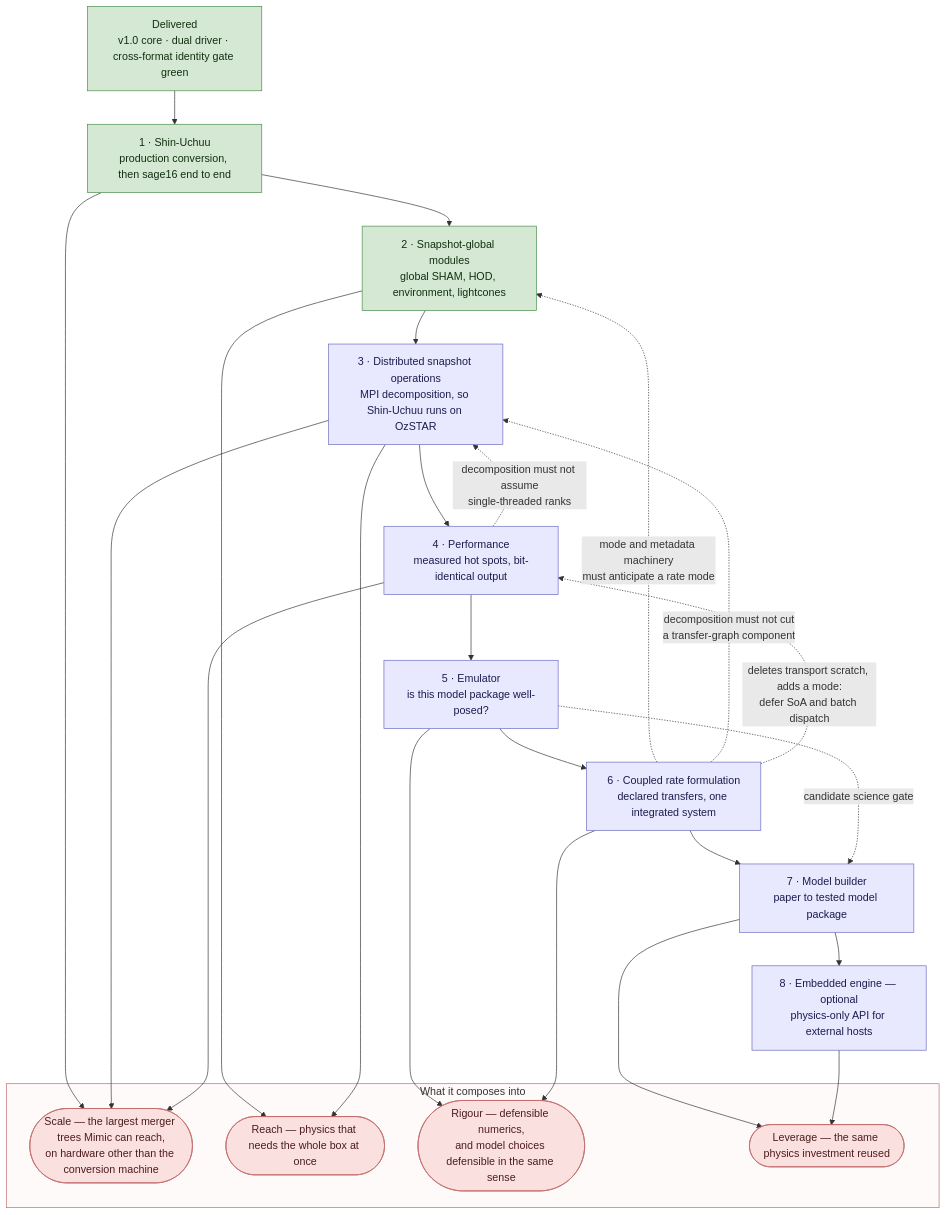
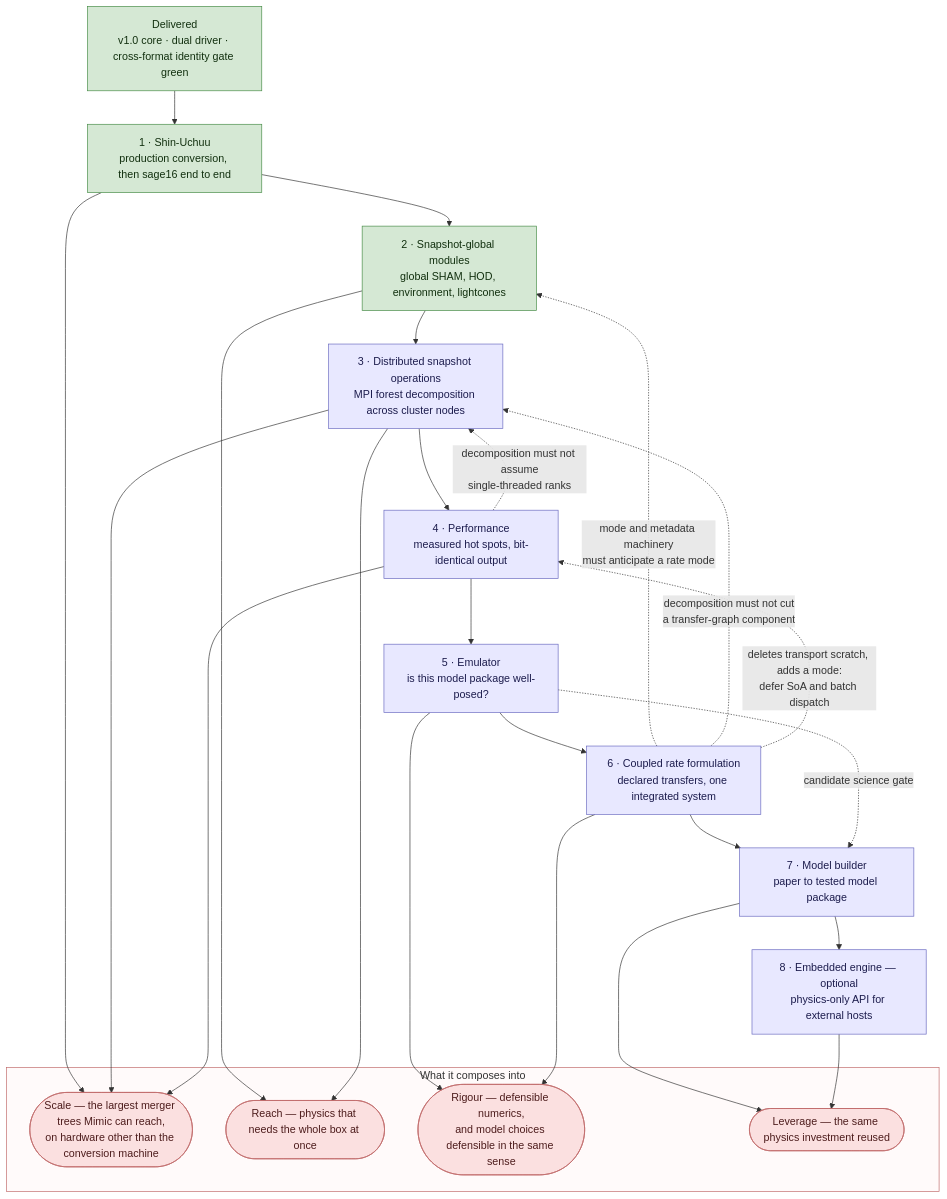
Before and after one commit to darrencroton/mimic: the diagram in docs/dev/MIMIC-DEVELOPMENT-PATHWAY.md, drawn with Mermaid. The commit also changed other lines of this file and 2 other files, not shown here.

````diff
--- a/docs/dev/MIMIC-DEVELOPMENT-PATHWAY.md
+++ b/docs/dev/MIMIC-DEVELOPMENT-PATHWAY.md
@@ -29,49 +31,49 @@
 ```mermaid
 flowchart TD
     DONE["Delivered<br/>v1.0 core · dual driver · cross-format identity gate green"]
 
     S1["1 · Shin-Uchuu<br/>production conversion, then sage16 end to end"]
     S2["2 · Snapshot-global modules<br/>global SHAM, HOD, environment, lightcones"]
-    S3["3 · Distributed snapshot operations<br/>MPI decomposition, so Shin-Uchuu runs on OzSTAR"]
+    S3["3 · Distributed snapshot operations<br/>MPI forest decomposition across cluster nodes"]
     S4["4 · Performance<br/>measured hot spots, bit-identical output"]
     S5["5 · Emulator<br/>is this model package well-posed?"]
     S6["6 · Coupled rate formulation<br/>declared transfers, one integrated system"]
     S7["7 · Model builder<br/>paper to tested model package"]
     S8["8 · Embedded engine — optional<br/>physics-only API for external hosts"]
 
     subgraph VALUE["What it composes into"]
         VSCALE(["Scale — the largest merger trees Mimic can reach,<br/>on hardware other than the conversion machine"])
         VREACH(["Reach — physics that needs the whole box at once"])
         VRIGOUR(["Rigour — defensible numerics,<br/>and model choices defensible in the same sense"])
         VLEVER(["Leverage — the same physics investment reused"])
     end
 
     DONE --> S1 --> S2 --> S3 --> S4 --> S5 --> S6 --> S7 --> S8
 
     S6 -.->|mode and metadata machinery<br/>must anticipate a rate mode| S2
     S6 -.->|decomposition must not cut<br/>a transfer-graph component| S3
     S6 -.->|deletes transport scratch, adds a mode:<br/>defer SoA and batch dispatch| S4
     S4 -.->|decomposition must not assume<br/>single-threaded ranks| S3
     S5 -.->|candidate science gate| S7
 
     S1 --> VSCALE
     S3 --> VSCALE
     S4 --> VSCALE
     S2 --> VREACH
     S3 --> VREACH
     S5 --> VRIGOUR
     S6 --> VRIGOUR
     S7 --> VLEVER
     S8 --> VLEVER
 
     classDef done fill:#d5e8d4,stroke:#478c47,color:#12300f
     classDef step fill:#e8e8ff,stroke:#6a6ac0,color:#1c1c4d
     classDef flight fill:#fff2cc,stroke:#c8a415,color:#3d3000
     classDef value fill:#fbe0e0,stroke:#c06a6a,color:#4d1c1c
     class DONE done
     class S1,S2 done
     class S3,S4,S5,S6,S7,S8 step
     class VSCALE,VREACH,VRIGOUR,VLEVER value
 
     style VALUE fill:#fffafa,stroke:#c06a6a
 ```
````
